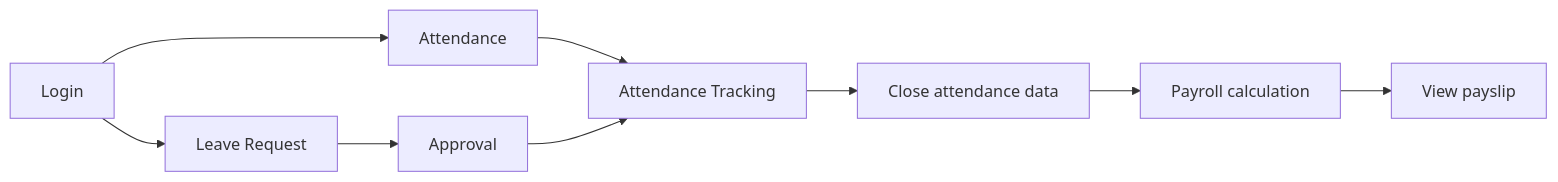
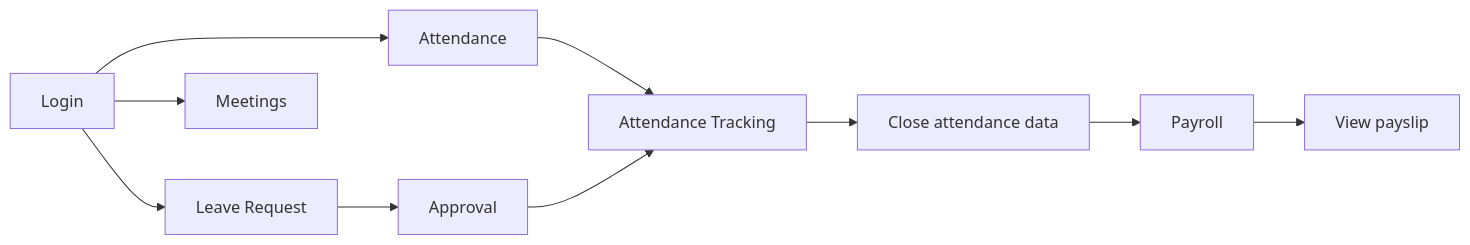
The diagram in README.en.md (tamada-chinhhv/tmv-hrm-docs), drawn with Mermaid before and after one commit. The commit also changed other lines of this file and 2 other files, not shown here.

````diff
--- a/README.en.md
+++ b/README.en.md
@@ -38,11 +91,12 @@
 ```mermaid
 flowchart LR
   A[Login] --> B[Attendance]
   A --> C[Leave Request]
   C --> D[Approval]
   B --> E[Attendance Tracking]
   D --> E
   E --> F[Close attendance data]
-  F --> G[Payroll calculation]
+  F --> G[Payroll]
   G --> H[View payslip]
+  A --> I[Meetings]
 ```
````
